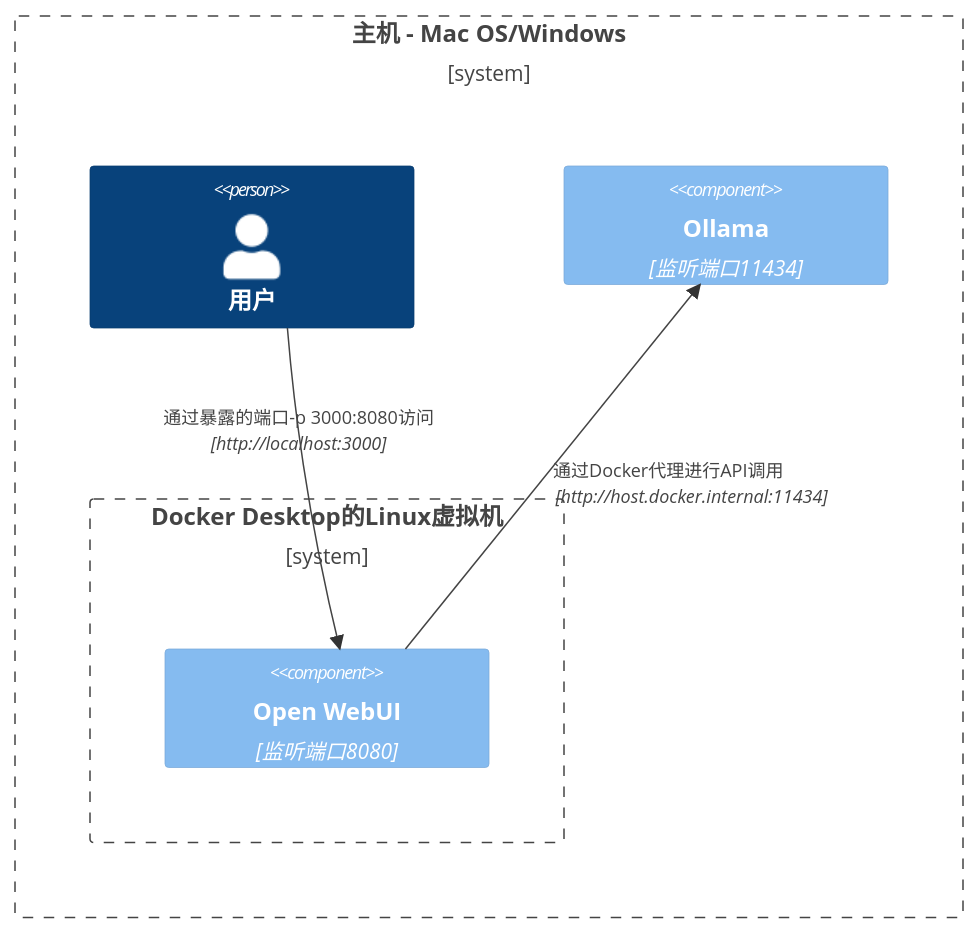
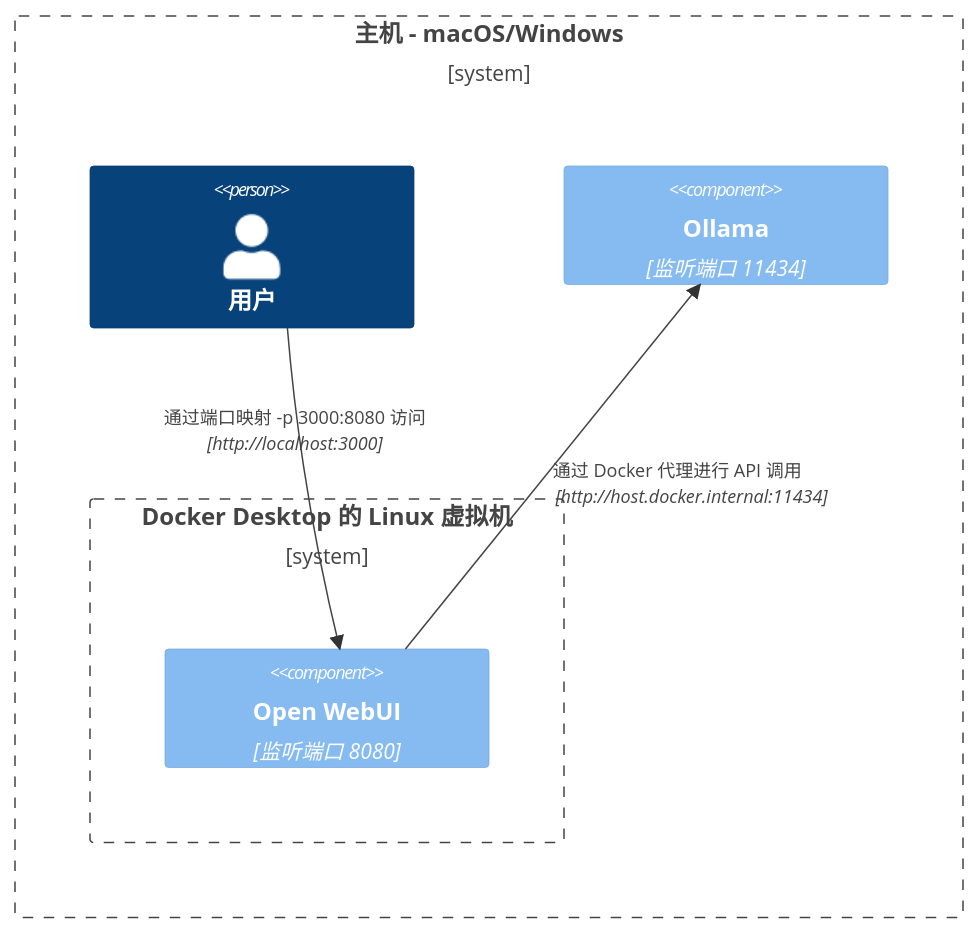
The first of 8 diagrams in docs/troubleshooting/network-diagrams.mdx (LazyG9/openwebui-doc-zh), drawn with Mermaid before and after one commit. The commit also changed other lines of this file and 151 other files, not shown here.

````diff
--- a/docs/troubleshooting/network-diagrams.mdx
+++ b/docs/troubleshooting/network-diagrams.mdx
@@ -14,13 +14,13 @@
 ```mermaid
 C4Context
-Boundary(b0, "主机 - Mac OS/Windows") {
+Boundary(b0, "主机 - macOS/Windows") {
    Person(user, "用户")
-   Boundary(b1, "Docker Desktop的Linux虚拟机") {
-      Component(openwebui, "Open WebUI", "监听端口8080")
+   Boundary(b1, "Docker Desktop 的 Linux 虚拟机") {
+      Component(openwebui, "Open WebUI", "监听端口 8080")
    }
-   Component(ollama, "Ollama", "监听端口11434")
+   Component(ollama, "Ollama", "监听端口 11434")
 }
-Rel(openwebui, ollama, "通过Docker代理进行API调用", "http://host.docker.internal:11434")
-Rel(user, openwebui, "通过暴露的端口-p 3000:8080访问", "http://localhost:3000")
+Rel(openwebui, ollama, "通过 Docker 代理进行 API 调用", "http://host.docker.internal:11434")
+Rel(user, openwebui, "通过端口映射 -p 3000:8080 访问", "http://localhost:3000")
 UpdateRelStyle(user, openwebui, $offsetX="-100", $offsetY="-50")
 ```
````
